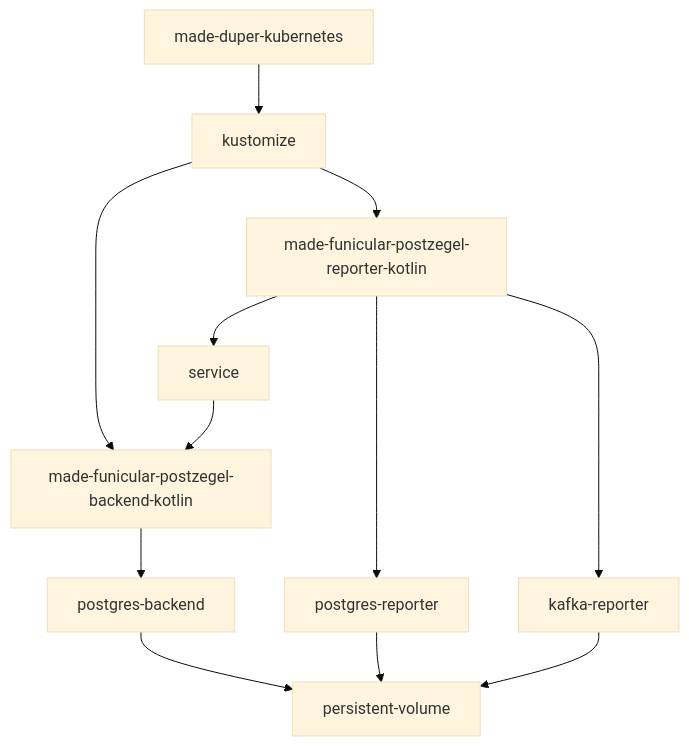
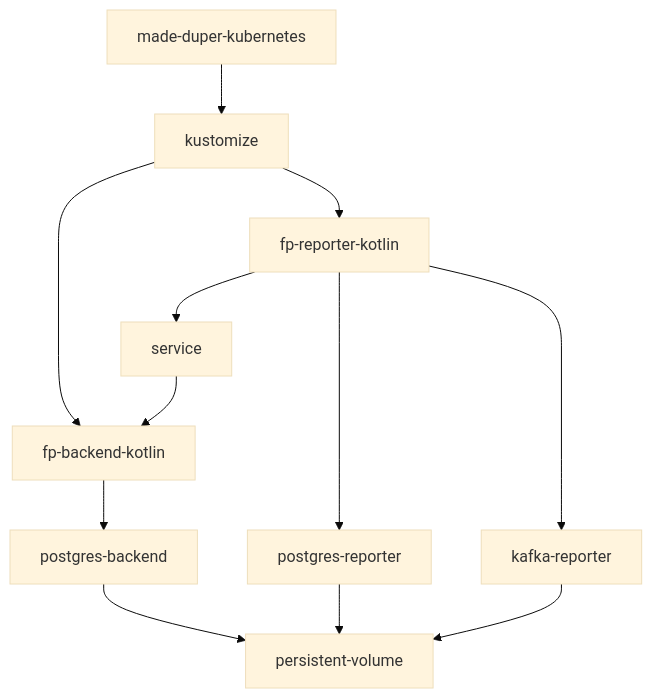
The second of 3 diagrams in README.md (mvandermade/funicular-postcard), drawn with Mermaid (base theme) before and after one commit. The commit also changed other lines of this file, not shown here.

````diff
--- a/README.md
+++ b/README.md
@@ -48,14 +48,14 @@
 ```mermaid
 graph TD
   made-duper-kubernetes --> kustomize
-  kustomize --> made-funicular-postzegel-backend-kotlin
-  made-funicular-postzegel-backend-kotlin --> postgres-backend
+  kustomize --> fp-backend-kotlin
+  fp-backend-kotlin --> postgres-backend
   postgres-backend --> persistent-volume
-  kustomize --> made-funicular-postzegel-reporter-kotlin
-  made-funicular-postzegel-reporter-kotlin --> postgres-reporter
+  kustomize --> fp-reporter-kotlin
+  fp-reporter-kotlin --> postgres-reporter
   postgres-reporter --> persistent-volume
-  made-funicular-postzegel-reporter-kotlin --> kafka-reporter
+  fp-reporter-kotlin --> kafka-reporter
   kafka-reporter --> persistent-volume
-  made-funicular-postzegel-reporter-kotlin --> service
-  service --> made-funicular-postzegel-backend-kotlin
+  fp-reporter-kotlin --> service
+  service --> fp-backend-kotlin
 ```
````
